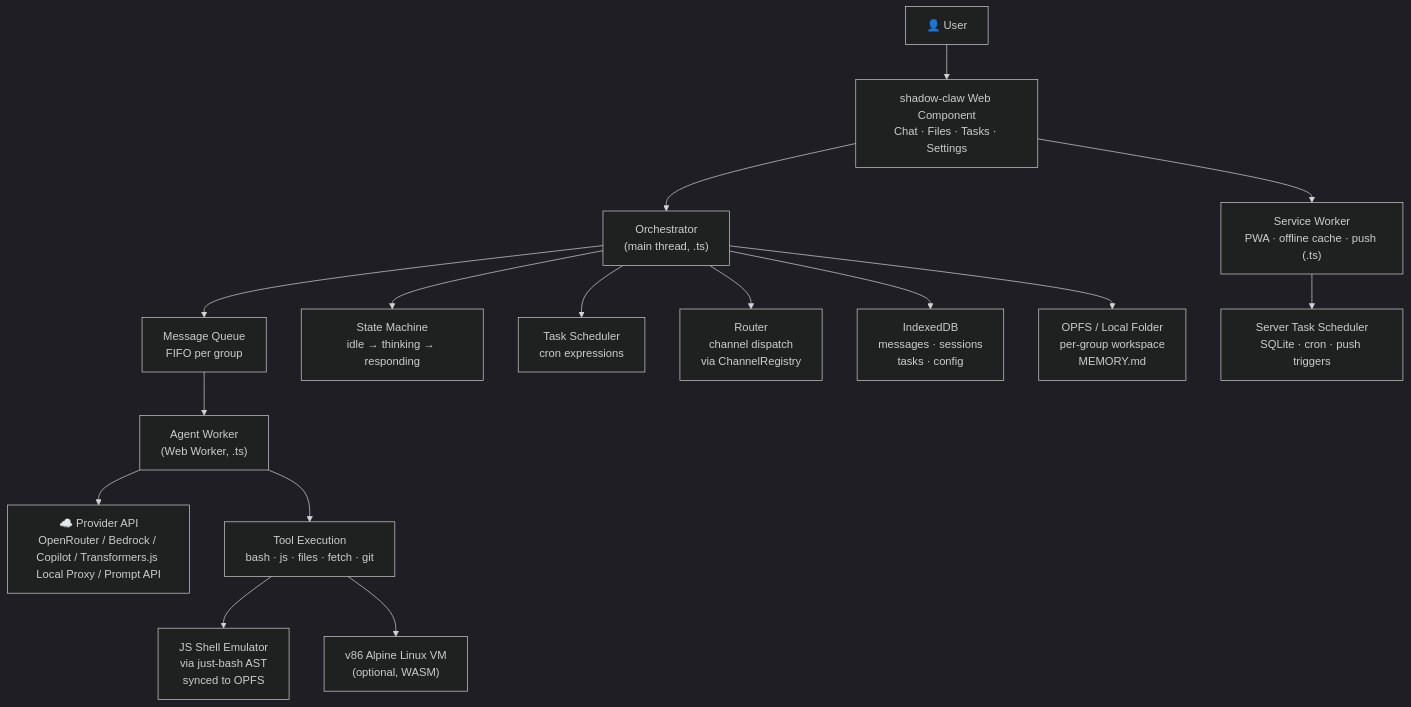
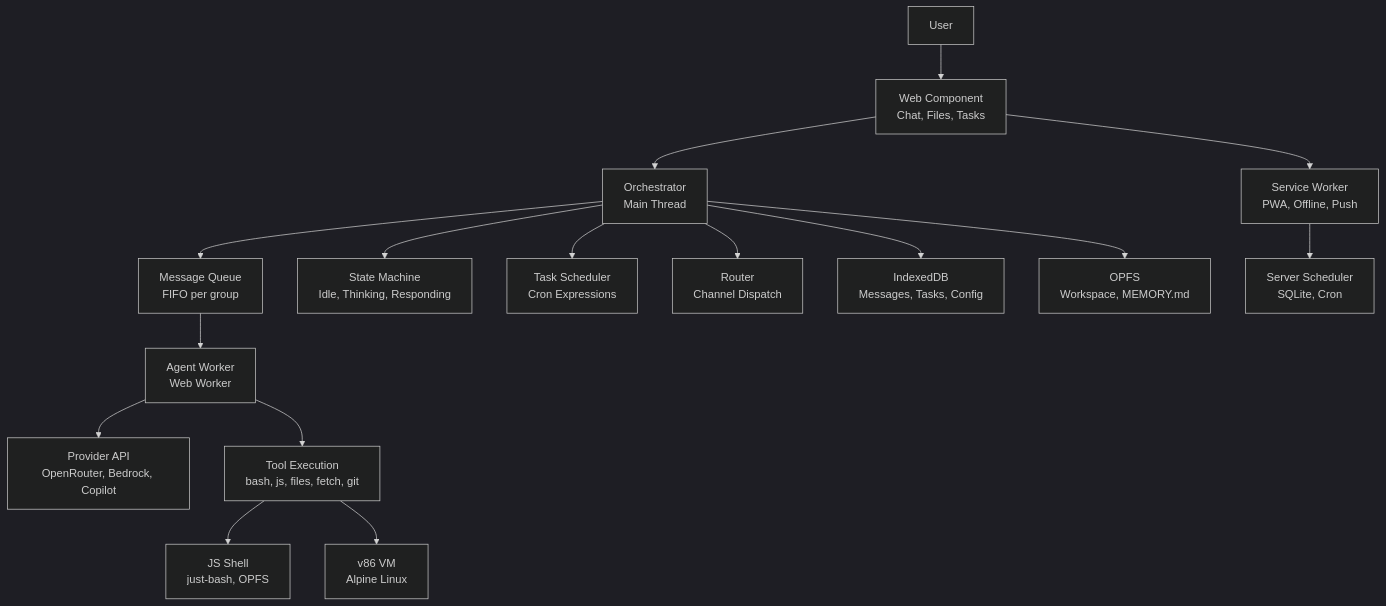
The first of 3 diagrams in README.md (xt-ml/shadow-claw), drawn with Mermaid (dark theme) before and after one commit. The commit also changed other lines of this file and 56 other files, not shown here.

First line of the commit message:
Improve local provider UX and cancellation flow

````diff
--- a/README.md
+++ b/README.md
@@ -94,18 +63,18 @@
 ```mermaid
 graph TD
-  User["👤 User"] --> UI["shadow-claw Web Component<br>Chat · Files · Tasks · Settings"]
-  UI --> Orchestrator["Orchestrator<br>(main thread, .ts)"]
-  Orchestrator --> MessageQueue["Message Queue<br>FIFO per group"]
-  Orchestrator --> StateFSM["State Machine<br>idle → thinking → responding"]
-  Orchestrator --> TaskScheduler["Task Scheduler<br>cron expressions"]
-  Orchestrator --> Router["Router<br>channel dispatch<br>via ChannelRegistry"]
-  MessageQueue --> Worker["Agent Worker<br>(Web Worker, .ts)"]
-  Worker --> OpenRouter["☁️ Provider API<br>OpenRouter / Bedrock / Copilot / Transformers.js Local Proxy / Prompt API"]
-  Worker --> ToolExec["Tool Execution<br>bash · js · files · fetch · git"]
-  ToolExec --> JSShell["JS Shell Emulator<br>via just-bash AST<br>synced to OPFS"]
-  ToolExec --> WebVM["v86 Alpine Linux VM<br>(optional, WASM)"]
-  Orchestrator --> IndexedDB["IndexedDB<br>messages · sessions<br>tasks · config"]
-  Orchestrator --> OPFS["OPFS / Local Folder<br>per-group workspace<br>MEMORY.md"]
-  UI --> ServiceWorker["Service Worker<br>PWA · offline cache · push (.ts)"]
-  ServiceWorker --> ServerScheduler["Server Task Scheduler<br>SQLite · cron · push triggers"]
+  User["User"] --> UI["Web Component<br>Chat, Files, Tasks"]
+  UI --> Orchestrator["Orchestrator<br>Main Thread"]
+  Orchestrator --> Queue["Message Queue<br>FIFO per group"]
+  Orchestrator --> FSM["State Machine<br>Idle, Thinking, Responding"]
+  Orchestrator --> Scheduler["Task Scheduler<br>Cron Expressions"]
+  Orchestrator --> Router["Router<br>Channel Dispatch"]
+  Queue --> Worker["Agent Worker<br>Web Worker"]
+  Worker --> Provider["Provider API<br>OpenRouter, Bedrock, Copilot"]
+  Worker --> Tools["Tool Execution<br>bash, js, files, fetch, git"]
+  Tools --> Shell["JS Shell<br>just-bash, OPFS"]
+  Tools --> VM["v86 VM<br>Alpine Linux"]
+  Orchestrator --> DB["IndexedDB<br>Messages, Tasks, Config"]
+  Orchestrator --> FS["OPFS<br>Workspace, MEMORY.md"]
+  UI --> SW["Service Worker<br>PWA, Offline, Push"]
+  SW --> ServerScheduler["Server Scheduler<br>SQLite, Cron"]
 ```
````
